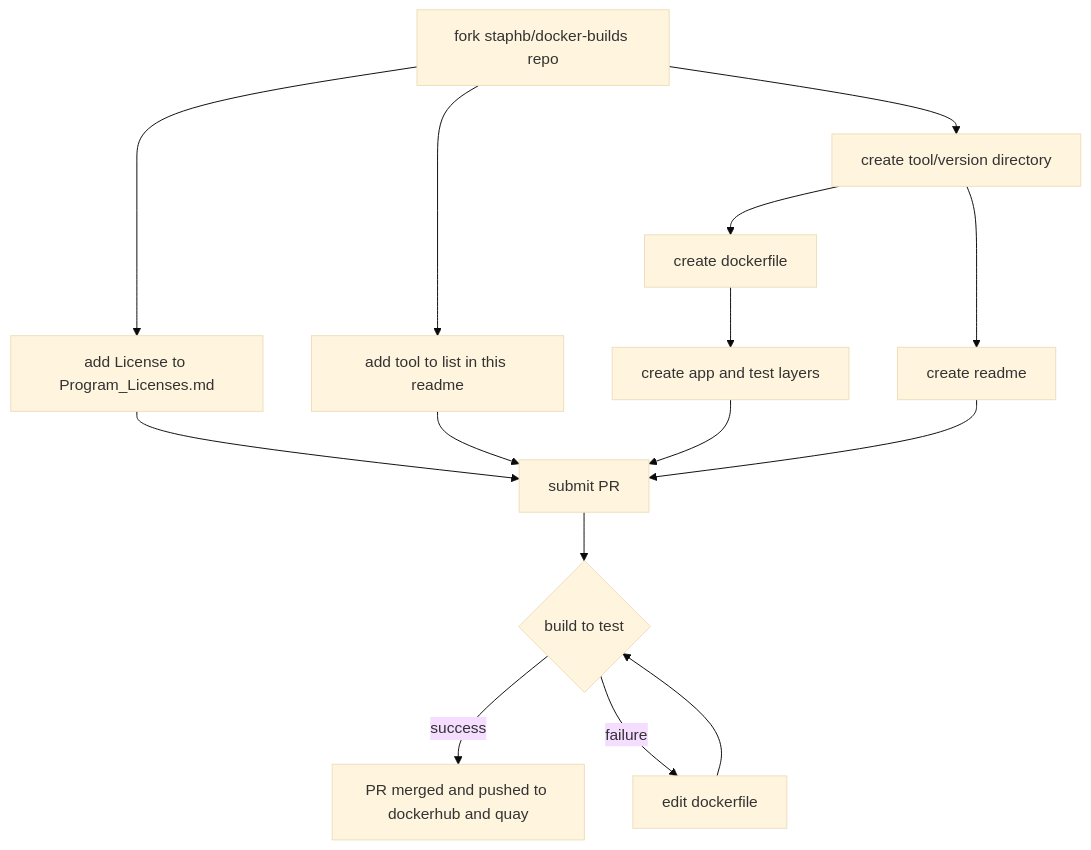
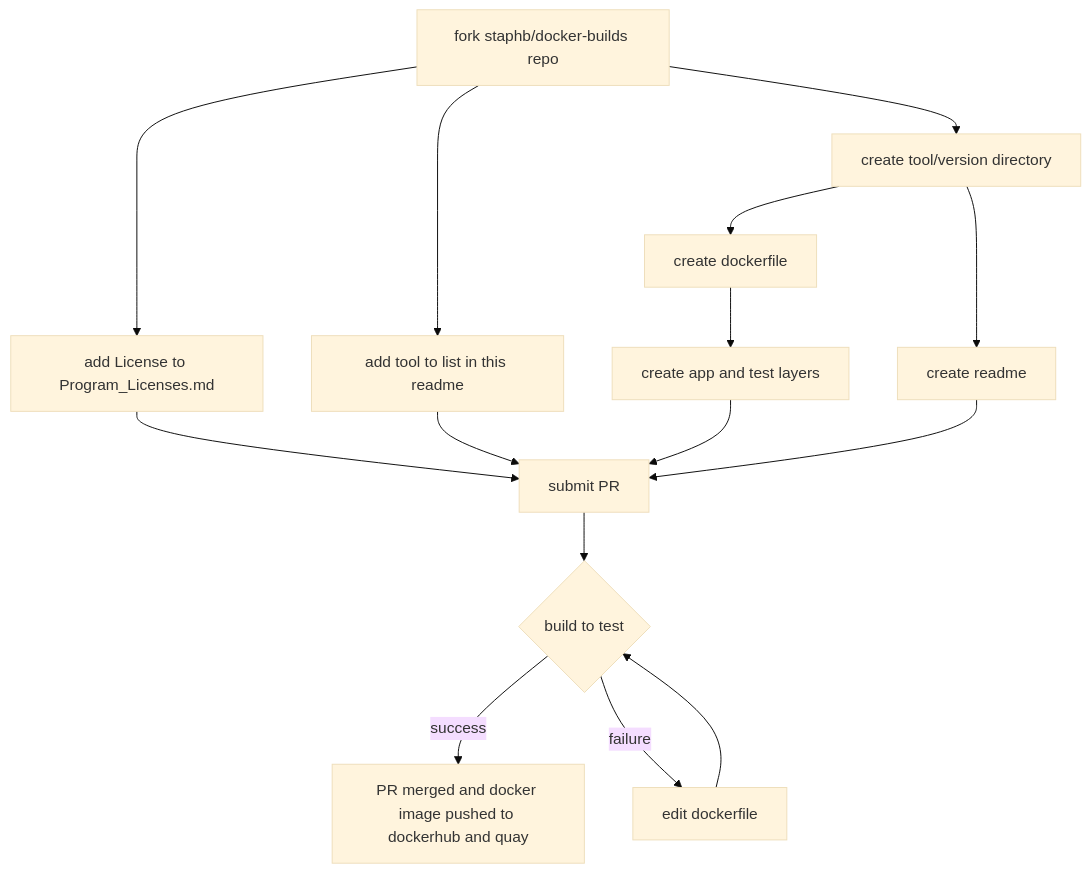
Before and after one commit to StaPH-B/docker-builds: the diagram in README.md, drawn with Mermaid (base theme). The commit also changed 1 other file, not shown here.

Commit message:
clarity on main README.md mermaid diagram and fixed dockerfile template

````diff
--- a/README.md
+++ b/README.md
@@ -18,17 +18,17 @@
 ```mermaid
 graph TD
      A[fork staphb/docker-builds repo]-->B[create tool/version directory]
      B-->C[create readme]
      B-->D[create dockerfile]
      D-->G[create app and test layers]
      A-->E[add License to Program_Licenses.md]
      A-->F[add tool to list in this readme]
      E-->H[submit PR]
      F-->H
      G-->H
      C-->H
      H-->I{build to test}
-     I--success-->J[PR merged and pushed to dockerhub and quay]
+     I--success-->J[PR merged and docker image pushed to dockerhub and quay]
      I--failure-->K[edit dockerfile]
      K-->I
 ```
````
